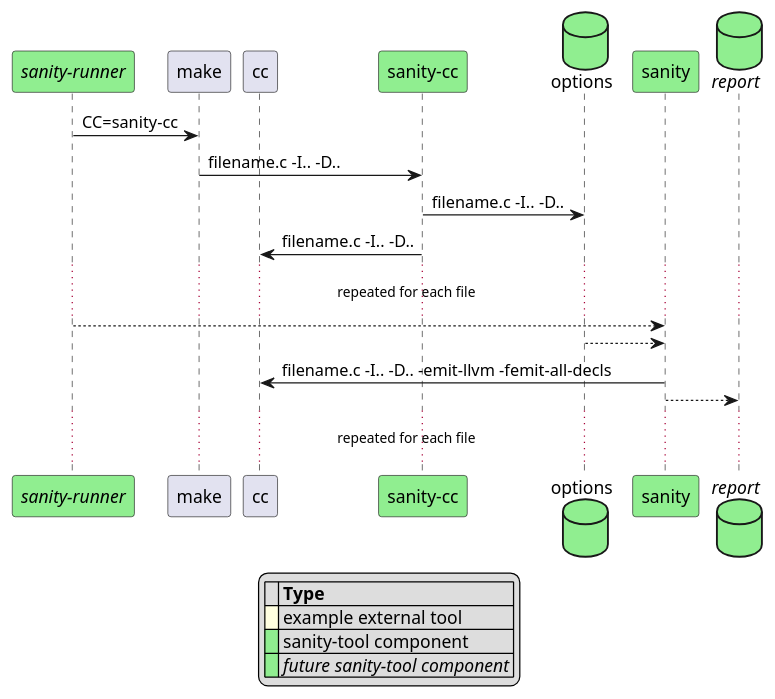
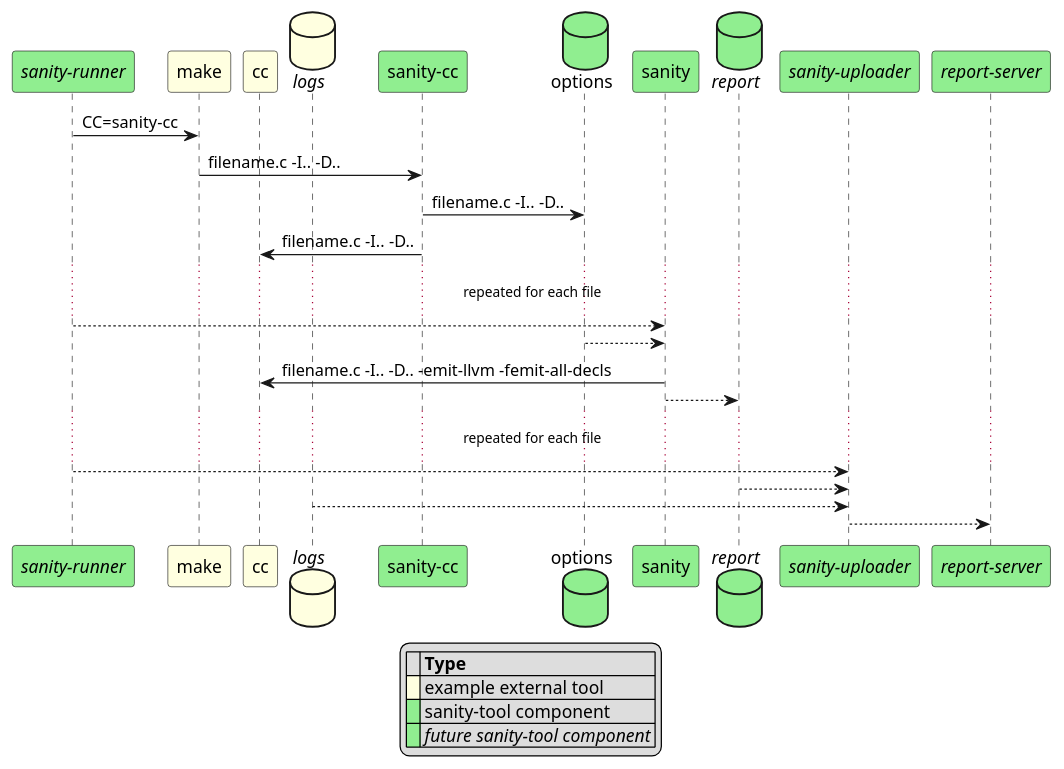
One commit to sanity-tool/docs changed the diagram in sequence.puml. Above: the diagram before and after it, drawn with PlantUML.

Commit message:
Add uploader to diagram

```diff
--- a/sequence.puml
+++ b/sequence.puml
@@ -1,29 +1,36 @@
 @startuml
 participant "//sanity-runner//" as runner #lightgreen
-participant make
-participant cc
+participant make #lightyellow
+participant cc #lightyellow
+database "//logs//" as logs #lightyellow
 participant "sanity-cc" as scc #lightgreen
 database options #lightgreen
 participant sanity #lightgreen
 database "//report//" as report #lightgreen
+participant "//sanity-uploader//" as uploader #lightgreen
+participant "//report-server//" as reports #lightgreen
 
 runner -> make : CC=sanity-cc
 make -> scc : filename.c -I.. -D..
 scc -> options : filename.c -I.. -D.. 
 scc -> cc : filename.c -I.. -D..
 ... repeated for each file ...
 
 runner --> sanity
 sanity <-- options
 sanity -> cc: filename.c -I.. -D.. -emit-llvm -femit-all-decls
 sanity --> report
 ... repeated for each file ...
 
+runner --> uploader
+uploader <-- report
+uploader <-- logs
+uploader --> reports
+
 legend
 |= |= Type |
 |<back:#lightyellow>   </back>| example external tool |
 |<back:#lightgreen>   </back>| sanity-tool component |
 |<back:#lightgreen>   </back>| //future sanity-tool component// |
 endlegend
-
 @enduml
```
